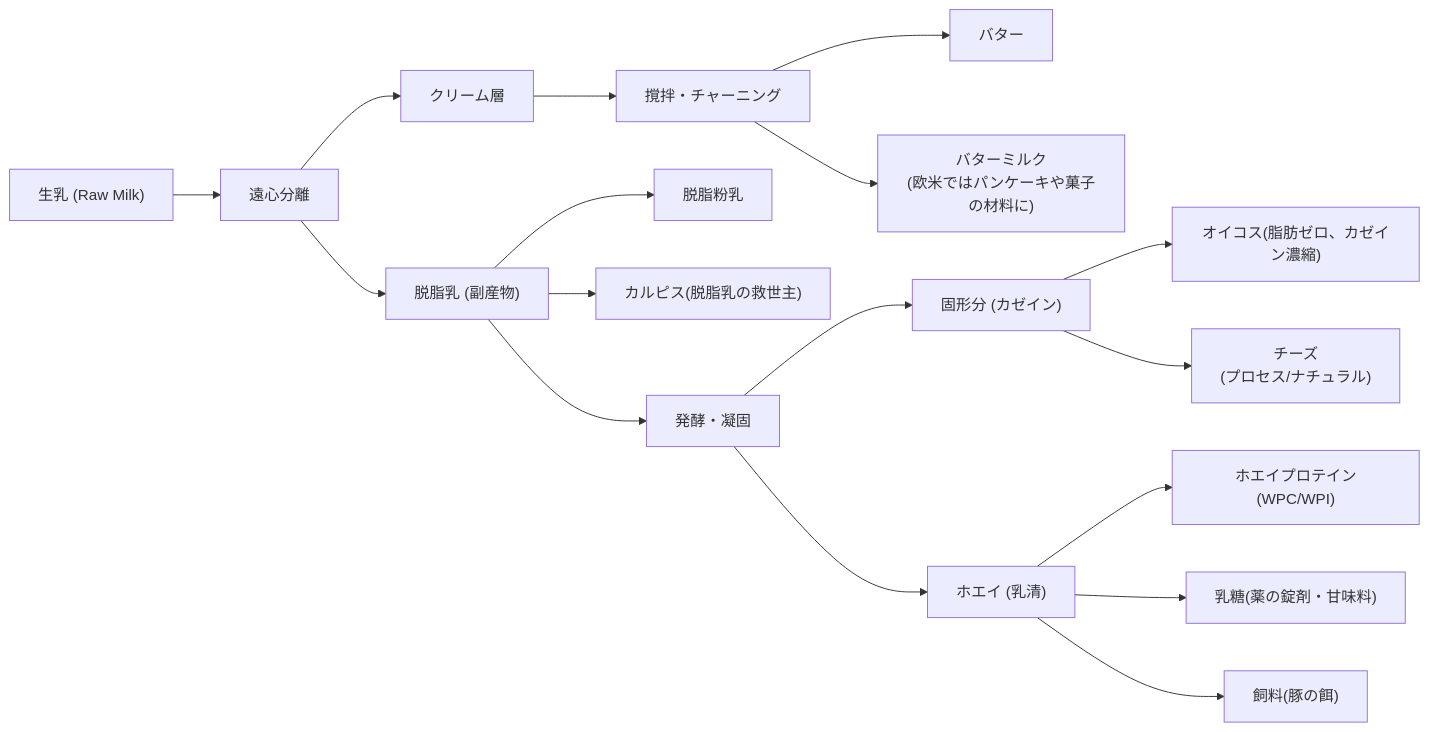
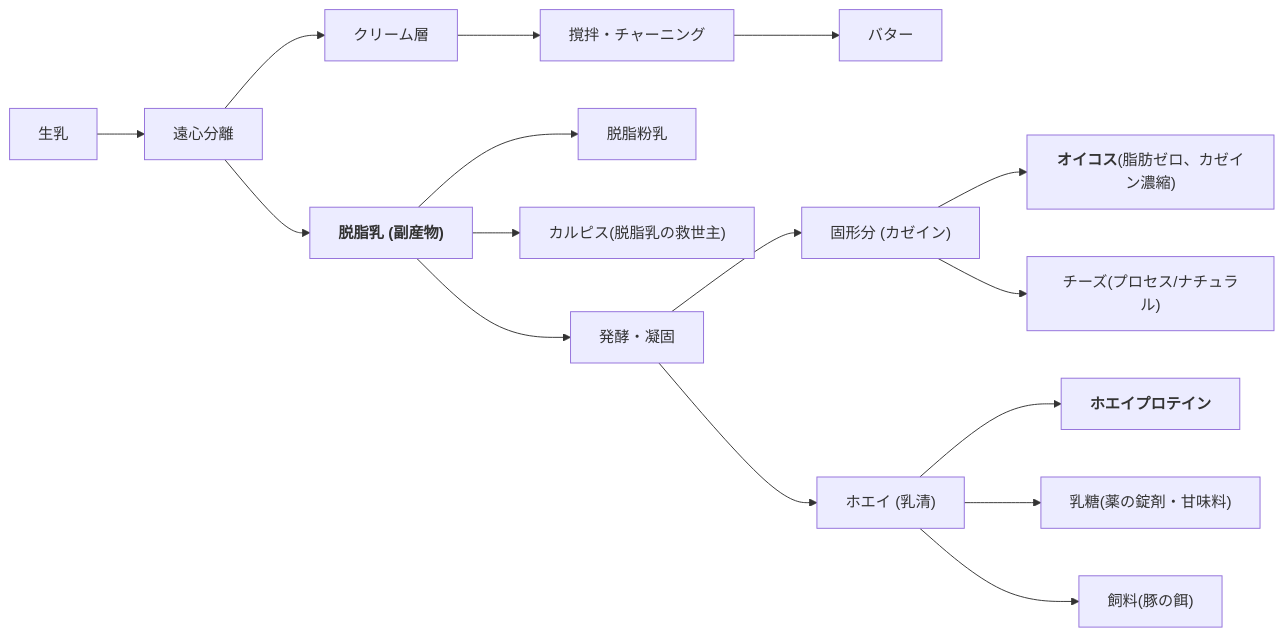
One commit to ussyi-git/- changed the diagram in README.md. Above: the diagram before and after it, drawn with Mermaid. The commit also changed other lines of this file, not shown here.

````diff
--- a/README.md
+++ b/README.md
@@ -1,25 +1,24 @@
 ```mermaid
 graph LR
-Milk["生乳 (Raw Milk)"]-->Separator["遠心分離"]
+Milk["生乳"]-->Separator["遠心分離"]
 %% --- クリーム側の流れ ---
 Separator-->Cream["クリーム層"]
 Cream-->ButterProcess["撹拌・チャーニング"]
 ButterProcess-->Butter["バター"]
-ButterProcess-->Buttermilk["バターミルク<br>(欧米ではパンケーキや菓子の材料に)"]
 %% --- 脱脂乳側の流れ ---
-Separator-->SkimMilk["脱脂乳 (副産物)"]
+Separator-->SkimMilk["<b>脱脂乳 (副産物)</b>"]
 %% そのまま加工
 SkimMilk-->Powder["脱脂粉乳"]
 SkimMilk-->Calpis["カルピス(脱脂乳の救世主)"]
 %% 発酵プロセスへ
 SkimMilk-->Ferment["発酵・凝固"]
 %% 固形分（カゼイン）の行方
 Ferment-->Curd["固形分 (カゼイン)"]
-Curd-->Oikos["オイコス(脂肪ゼロ、カゼイン濃縮)"]
-Curd-->Cheese["チーズ<br>(プロセス/ナチュラル)"]
+Curd-->Oikos["<b>オイコス</b>(脂肪ゼロ、カゼイン濃縮)"]
+Curd-->Cheese["チーズ(プロセス/ナチュラル)"]
 %% 液体（ホエイ）の行方
 Ferment-->Whey["ホエイ (乳清)"]
-Whey-->WPC_WPI["ホエイプロテイン(WPC/WPI)"]
+Whey-->WPC_WPI["<b>ホエイプロテイン</b>"]
 Whey-->Lactose["乳糖(薬の錠剤・甘味料)"]
 Whey-->Cooking["飼料(豚の餌)"]
 ```
````
